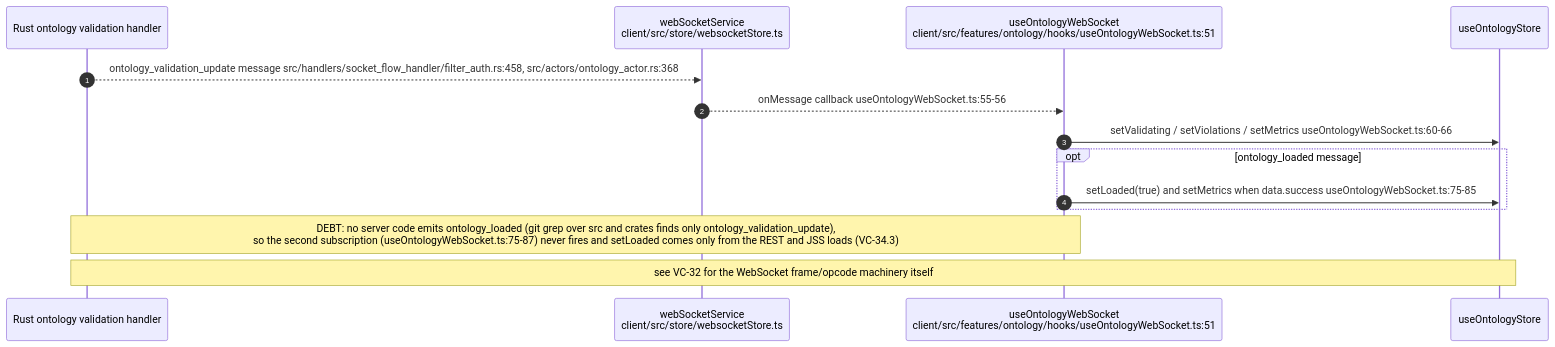
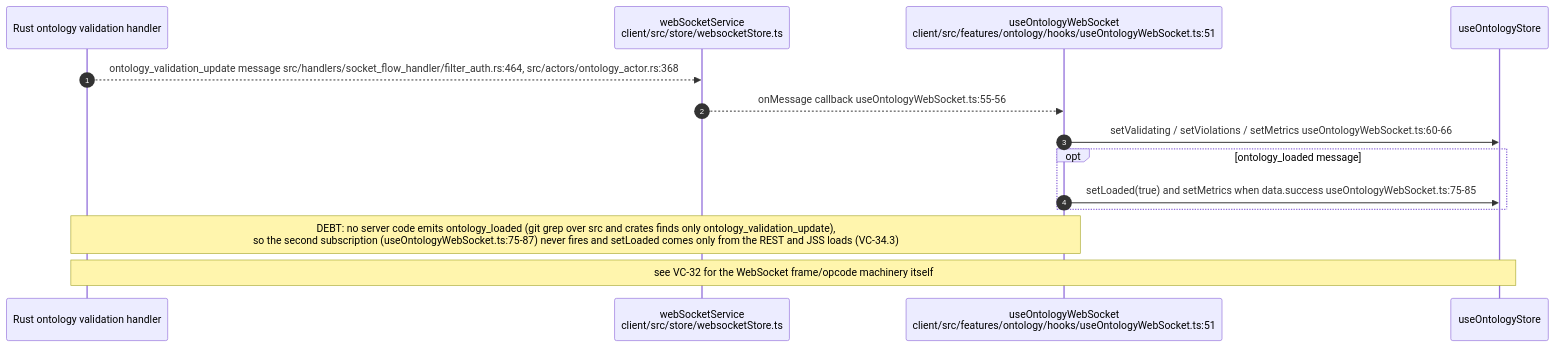
Before and after one commit to DreamLab-AI/VisionFlow: the fifth of 20 diagrams in docs/diagrams/visionclaw/34-client-features.md, drawn with Mermaid. The commit also changed other lines of this file and 56 other files, not shown here.

First line of the commit message:
docs(diagrams): re-verify VisionClaw topics at ec785afa9, add VC-19/56/57 and the VisionClaw register

````diff
--- a/docs/diagrams/visionclaw/34-client-features.md
+++ b/docs/diagrams/visionclaw/34-client-features.md
@@ -269,17 +294,17 @@
 ```mermaid
 sequenceDiagram
     autonumber
     participant SRV as Rust ontology validation handler
     participant WSS as webSocketService<br/>client/src/store/websocketStore.ts
     participant WSHook as useOntologyWebSocket<br/>client/src/features/ontology/hooks/useOntologyWebSocket.ts:51
     participant Store as useOntologyStore
 
-    SRV-->>WSS: ontology_validation_update message src/handlers/socket_flow_handler/filter_auth.rs:458, src/actors/ontology_actor.rs:368
+    SRV-->>WSS: ontology_validation_update message src/handlers/socket_flow_handler/filter_auth.rs:464, src/actors/ontology_actor.rs:368
     WSS-->>WSHook: onMessage callback useOntologyWebSocket.ts:55-56
     WSHook->>Store: setValidating / setViolations / setMetrics useOntologyWebSocket.ts:60-66
     opt ontology_loaded message
         WSHook->>Store: setLoaded(true) and setMetrics when data.success useOntologyWebSocket.ts:75-85
     end
     Note over SRV,WSHook: DEBT: no server code emits ontology_loaded (git grep over src and crates finds only ontology_validation_update),<br/>so the second subscription (useOntologyWebSocket.ts:75-87) never fires and setLoaded comes only from the REST and JSS loads (VC-34.3)
     Note over SRV,Store: see VC-32 for the WebSocket frame/opcode machinery itself
 ```
````
